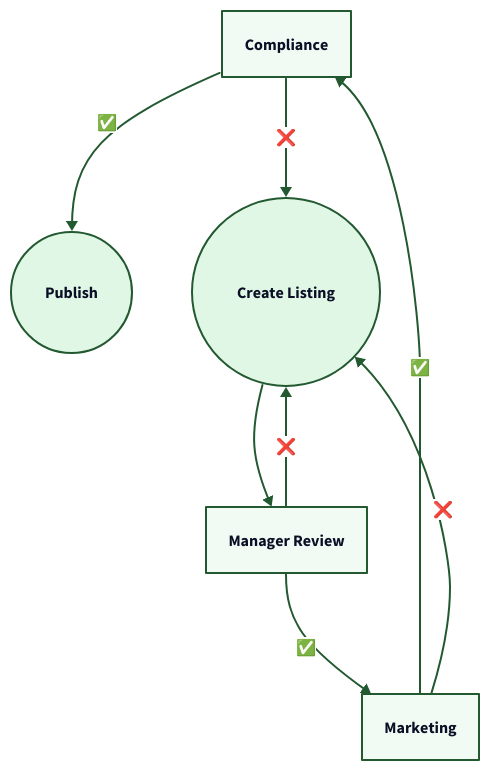
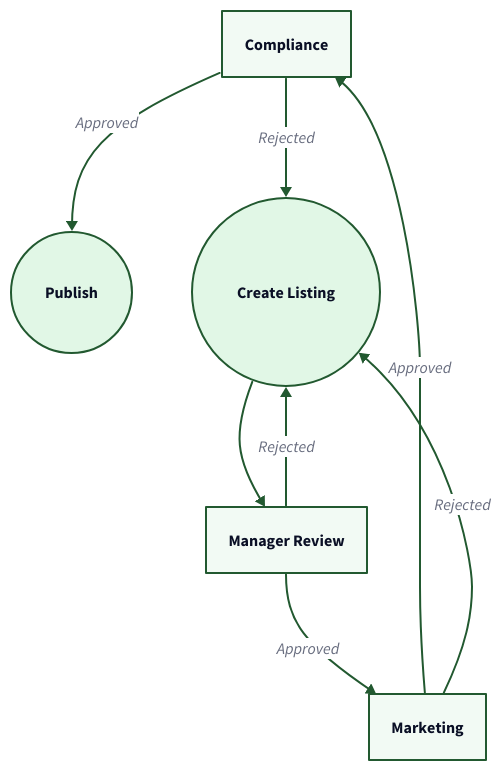
One commit to tallyfy/documentation changed the third of 3 diagrams in src/content/docs/pro/documenting/templates/automations/examples/multi-level-approval-loops.mdx. Above: the diagram before and after it, drawn with D2. The commit also changed other lines of this file and 17 other files, not shown here.

````diff
--- a/src/content/docs/pro/documenting/templates/automations/examples/multi-level-approval-loops.mdx
+++ b/src/content/docs/pro/documenting/templates/automations/examples/multi-level-approval-loops.mdx
@@ -311,64 +332,64 @@
 ```d2
 # Property Listing Approval Workflow
 direction: down
 
 # Approval Steps
 Compliance: Compliance {
   shape: rectangle
   style.fill: "#f2faf4"
   style.stroke: "#225930"
 }
 Marketing: Marketing {
   shape: rectangle
   style.fill: "#f2faf4"
   style.stroke: "#225930"
 }
 
 # End
 Publish: Publish {
   shape: circle
   style.fill: "#e1f7e6"
   style.stroke: "#225930"
   style.stroke-width: 2
 }
 
 # Start
 Agent: Create Listing {
   shape: circle
   style.fill: "#e1f7e6"
   style.stroke: "#225930"
 }
 Manager: Manager Review {
   shape: rectangle
   style.fill: "#f2faf4"
   style.stroke: "#225930"
 }
 
 # Approvals move forward
 Agent -> Manager {
   style.stroke: "#225930"
 }
-Manager -> Marketing: "✅" {
+Manager -> Marketing: "Approved" {
   style.stroke: "#225930"
   style.stroke-width: 2
 }
-Marketing -> Compliance: "✅" {
+Marketing -> Compliance: "Approved" {
   style.stroke: "#225930"
   style.stroke-width: 2
 }
-Compliance -> Publish: "✅" {
+Compliance -> Publish: "Approved" {
   style.stroke: "#225930"
   style.stroke-width: 2
 }
 
 # Rejections return to the agent
-Manager -> Agent: "❌" {
+Manager -> Agent: "Rejected" {
   style.stroke: "#225930"
 }
-Marketing -> Agent: "❌" {
+Marketing -> Agent: "Rejected" {
   style.stroke: "#225930"
 }
-Compliance -> Agent: "❌" {
+Compliance -> Agent: "Rejected" {
   style.stroke: "#225930"
 }
 ```
````
